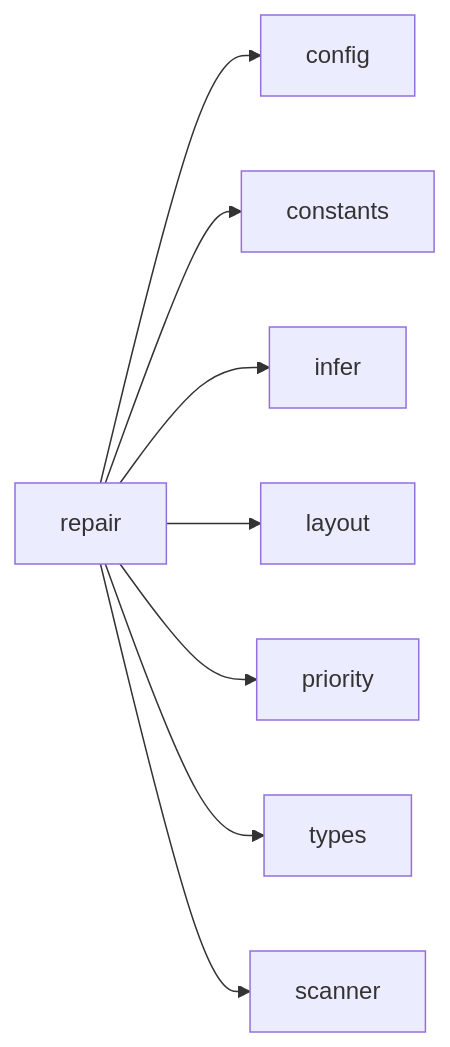
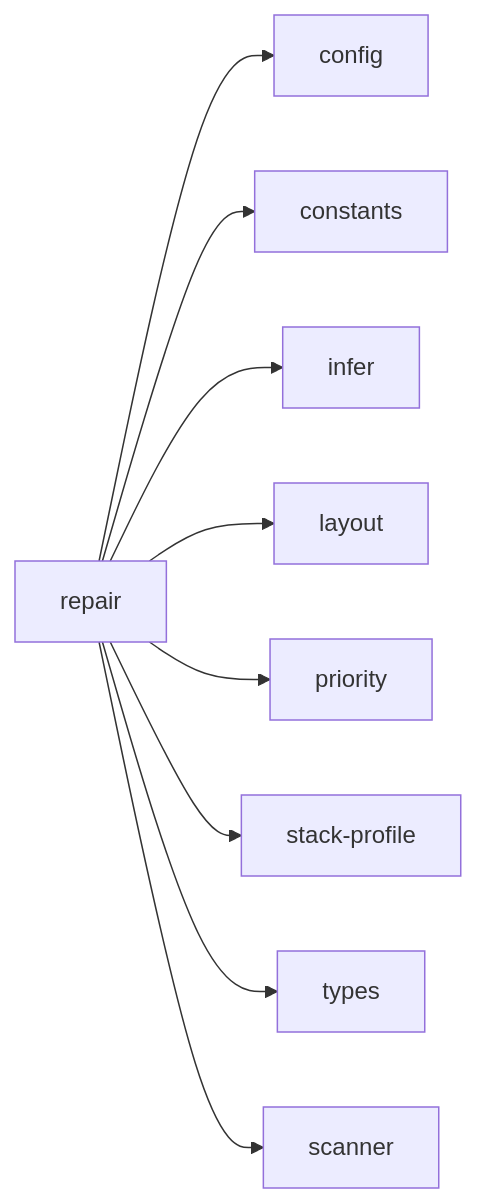
One commit to hellhellpnick/context-graph changed the diagram in .cursor/rules/ctxgraph--src-graph-builder-plan-repair.mdc. Above: the diagram before and after it, drawn with Mermaid. The commit also changed other lines of this file and 200 other files, not shown here.

````diff
--- a/.cursor/rules/ctxgraph--src-graph-builder-plan-repair.mdc
+++ b/.cursor/rules/ctxgraph--src-graph-builder-plan-repair.mdc
@@ -14,11 +14,12 @@
 ```mermaid
 graph LR
   repair[repair]
   repair --> config[config]
   repair --> constants[constants]
   repair --> infer[infer]
   repair --> layout[layout]
   repair --> priority[priority]
+  repair --> stack_profile[stack-profile]
   repair --> types[types]
   repair --> scanner[scanner]
 ```
````
